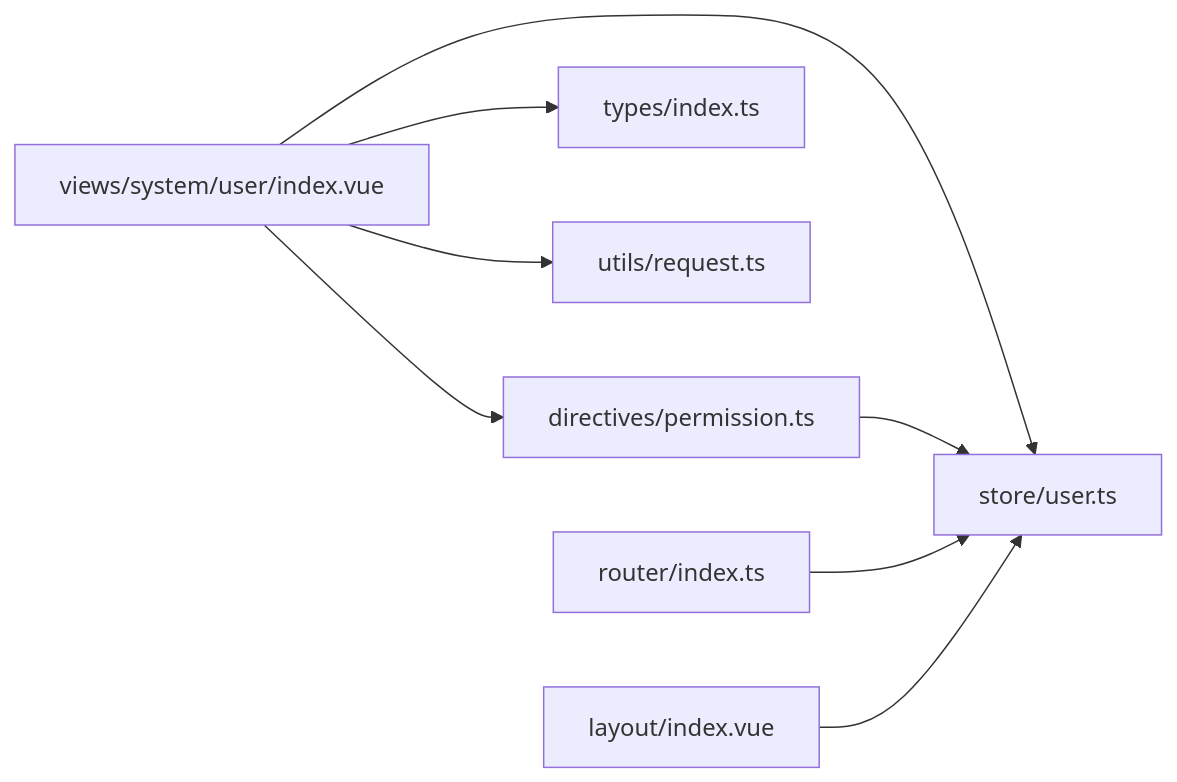
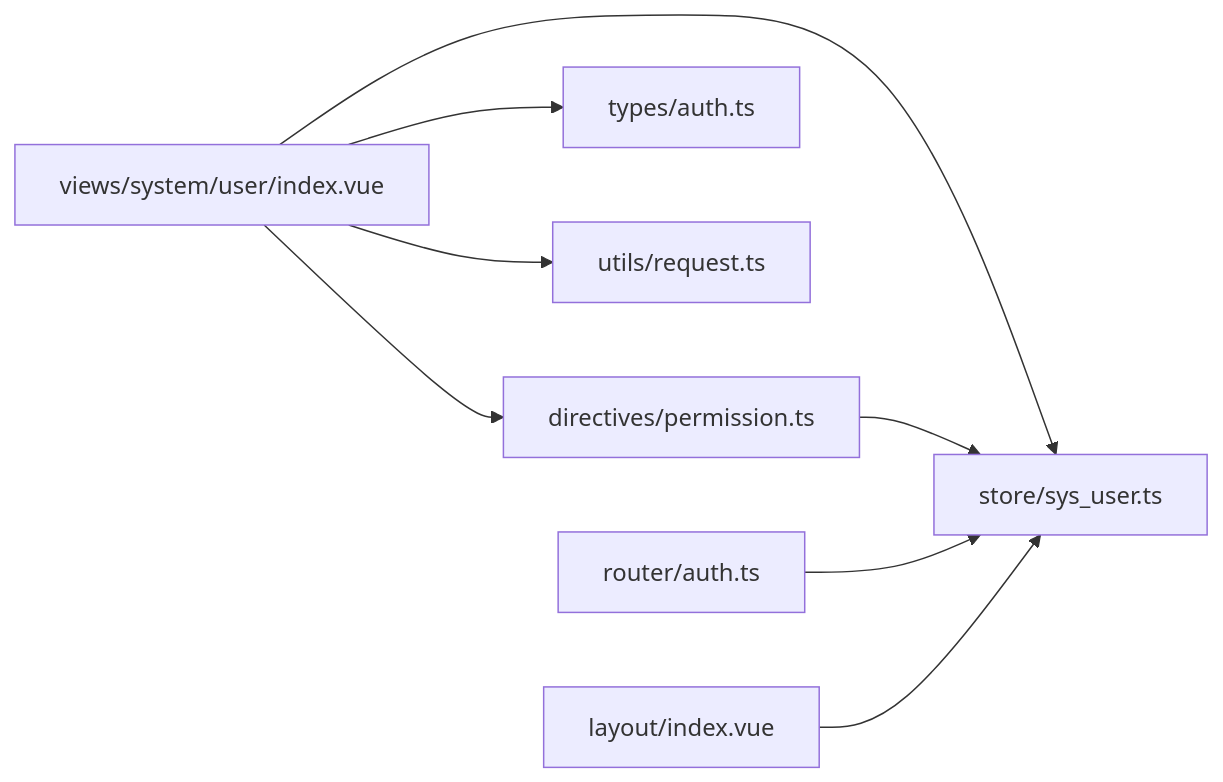
One commit to qiseyun/vue-ts-admin changed the fourth of 4 diagrams in .qoder/repowiki/zh/content/系统管理模块/用户管理.md. Above: the diagram before and after it, drawn with Mermaid. The commit also changed other lines of this file and 42 other files, not shown here.

````diff
--- a/.qoder/repowiki/zh/content/系统管理模块/用户管理.md
+++ b/.qoder/repowiki/zh/content/系统管理模块/用户管理.md
@@ -275,10 +275,10 @@
 ```mermaid
 graph LR
 IDX["views/system/user/index.vue"] --> PERM["directives/permission.ts"]
-IDX --> STORE["store/user.ts"]
-IDX --> TYPES["types/index.ts"]
+IDX --> STORE["store/sys_user.ts"]
+IDX --> TYPES["types/auth.ts"]
 IDX --> REQ["utils/request.ts"]
 PERM --> STORE
-ROUTE["router/index.ts"] --> STORE
+ROUTE["router/auth.ts"] --> STORE
 LAYOUT["layout/index.vue"] --> STORE
 ```
````
